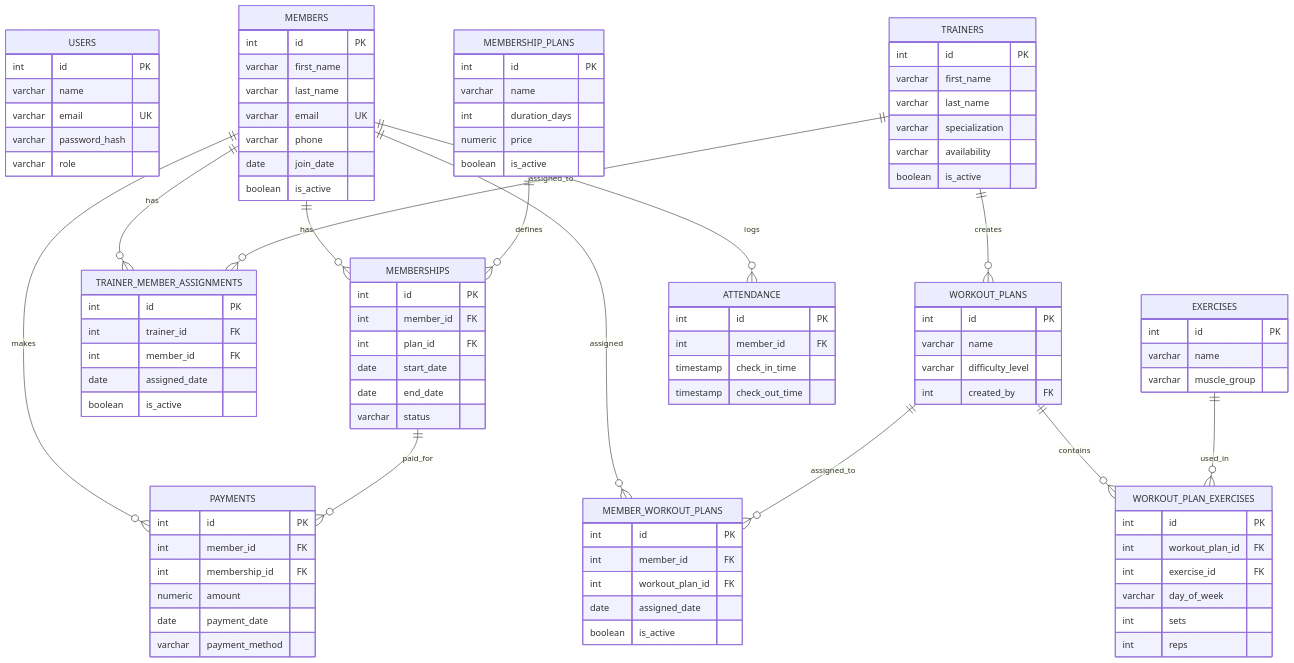
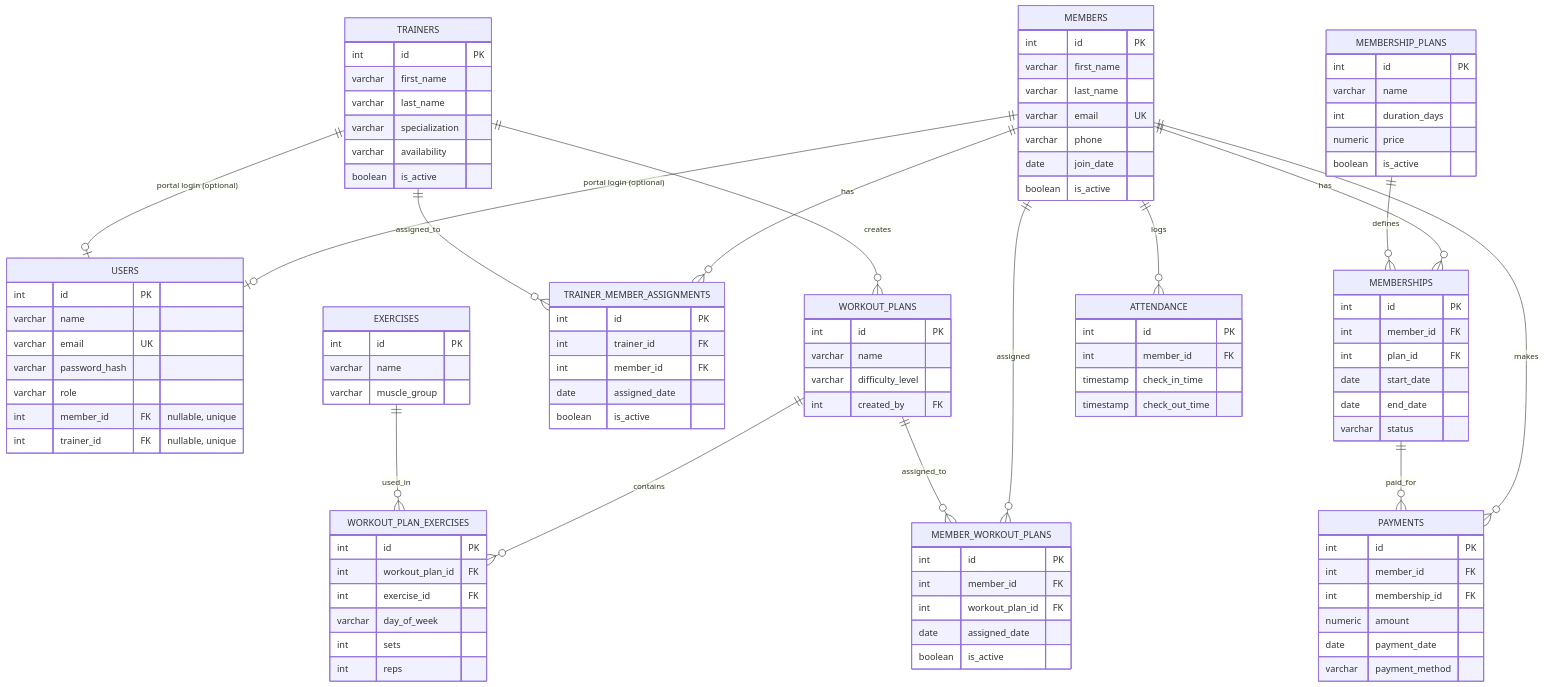
One commit to Krishnagangwal/gym-management-system changed the diagram in docs/superpowers/specs/2026-08-19-gym-management-system-design.md. Above: the diagram before and after it, drawn with Mermaid. The commit also changed other lines of this file and 158 other files, not shown here.

```diff
--- a/docs/superpowers/specs/2026-08-19-gym-management-system-design.md
+++ b/docs/superpowers/specs/2026-08-19-gym-management-system-design.md
@@ -93,6 +98,8 @@
         varchar email UK
         varchar password_hash
         varchar role
+        int member_id FK "nullable, unique"
+        int trainer_id FK "nullable, unique"
     }
     MEMBERS {
         int id PK
@@ -174,6 +181,8 @@
         varchar payment_method
     }
 
+    MEMBERS ||--o| USERS : "portal login (optional)"
+    TRAINERS ||--o| USERS : "portal login (optional)"
     MEMBERS ||--o{ MEMBERSHIPS : has
     MEMBERSHIP_PLANS ||--o{ MEMBERSHIPS : defines
     MEMBERS ||--o{ TRAINER_MEMBER_ASSIGNMENTS : has
```
